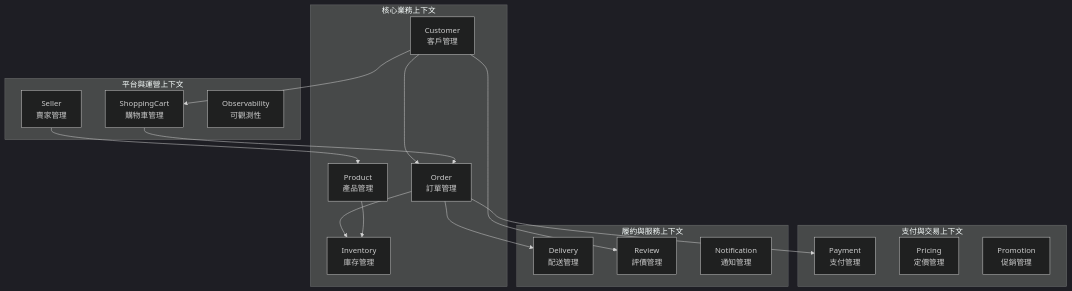
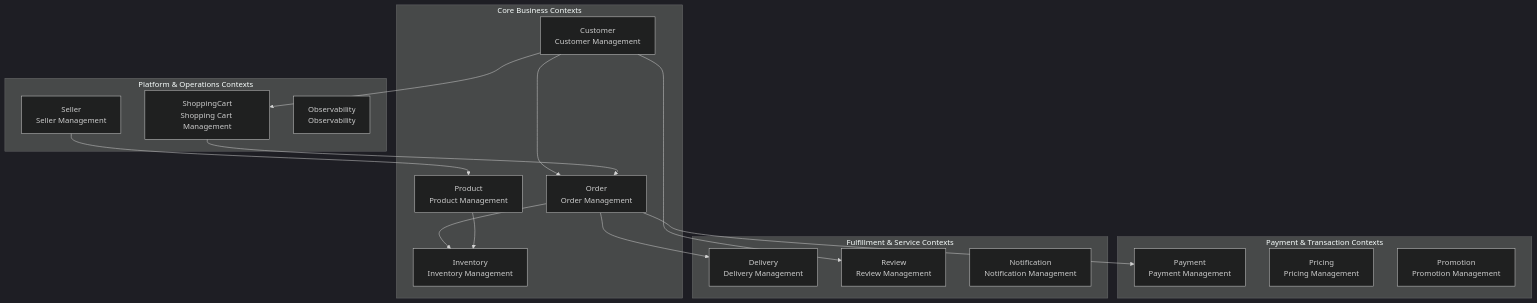
The first of 2 diagrams in docs/viewpoints/functional/bounded-contexts.md (humank/genai-demo), drawn with Mermaid (dark theme) before and after one commit. The commit also changed other lines of this file and 453 other files, not shown here.

First line of the commit message:
feat: Complete translation of key architecture and API documentation

````diff
--- a/docs/viewpoints/functional/bounded-contexts.md
+++ b/docs/viewpoints/functional/bounded-contexts.md
@@ -9,37 +9,37 @@
 ```mermaid
 graph TB
-    subgraph "核心業務上下文"
-        Customer[Customer<br/>客戶管理]
-        Order[Order<br/>訂單管理]
-        Product[Product<br/>產品管理]
-        Inventory[Inventory<br/>庫存管理]
+    subgraph "Core Business Contexts"
+        Customer[Customer<br/>Customer Management]
+        Order[Order<br/>Order Management]
+        Product[Product<br/>Product Management]
+        Inventory[Inventory<br/>Inventory Management]
     end
     
-    subgraph "支付與交易上下文"
-        Payment[Payment<br/>支付管理]
-        Pricing[Pricing<br/>定價管理]
-        Promotion[Promotion<br/>促銷管理]
+    subgraph "Payment & Transaction Contexts"
+        Payment[Payment<br/>Payment Management]
+        Pricing[Pricing<br/>Pricing Management]
+        Promotion[Promotion<br/>Promotion Management]
     end
     
-    subgraph "履約與服務上下文"
-        Delivery[Delivery<br/>配送管理]
-        Review[Review<br/>評價管理]
-        Notification[Notification<br/>通知管理]
+    subgraph "Fulfillment & Service Contexts"
+        Delivery[Delivery<br/>Delivery Management]
+        Review[Review<br/>Review Management]
+        Notification[Notification<br/>Notification Management]
     end
     
-    subgraph "平台與運營上下文"
-        Seller[Seller<br/>賣家管理]
-        ShoppingCart[ShoppingCart<br/>購物車管理]
-        Observability[Observability<br/>可觀測性]
+    subgraph "Platform & Operations Contexts"
+        Seller[Seller<br/>Seller Management]
+        ShoppingCart[ShoppingCart<br/>Shopping Cart Management]
+        Observability[Observability<br/>Observability]
     end
     
     Customer --> Order
     Order --> Payment
     Order --> Inventory
     Order --> Delivery
     Product --> Inventory
     Customer --> Review
     Seller --> Product
     Customer --> ShoppingCart
     ShoppingCart --> Order
 ```
````
